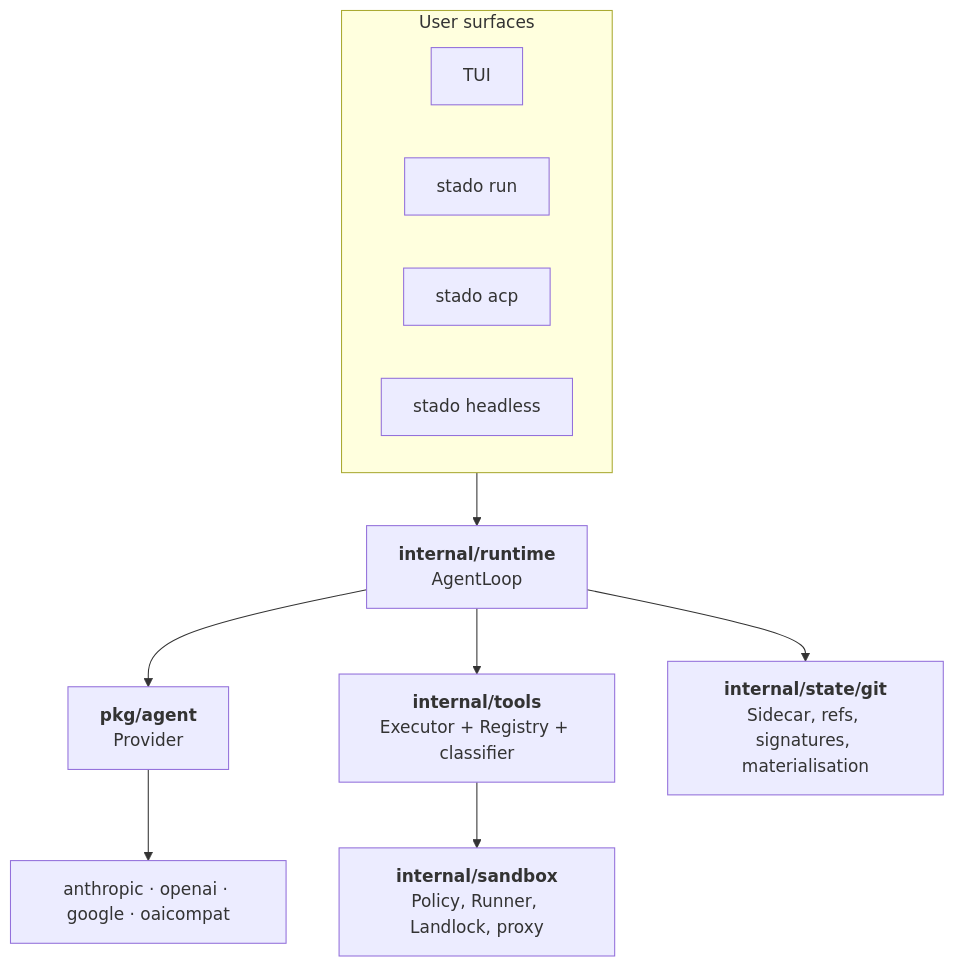
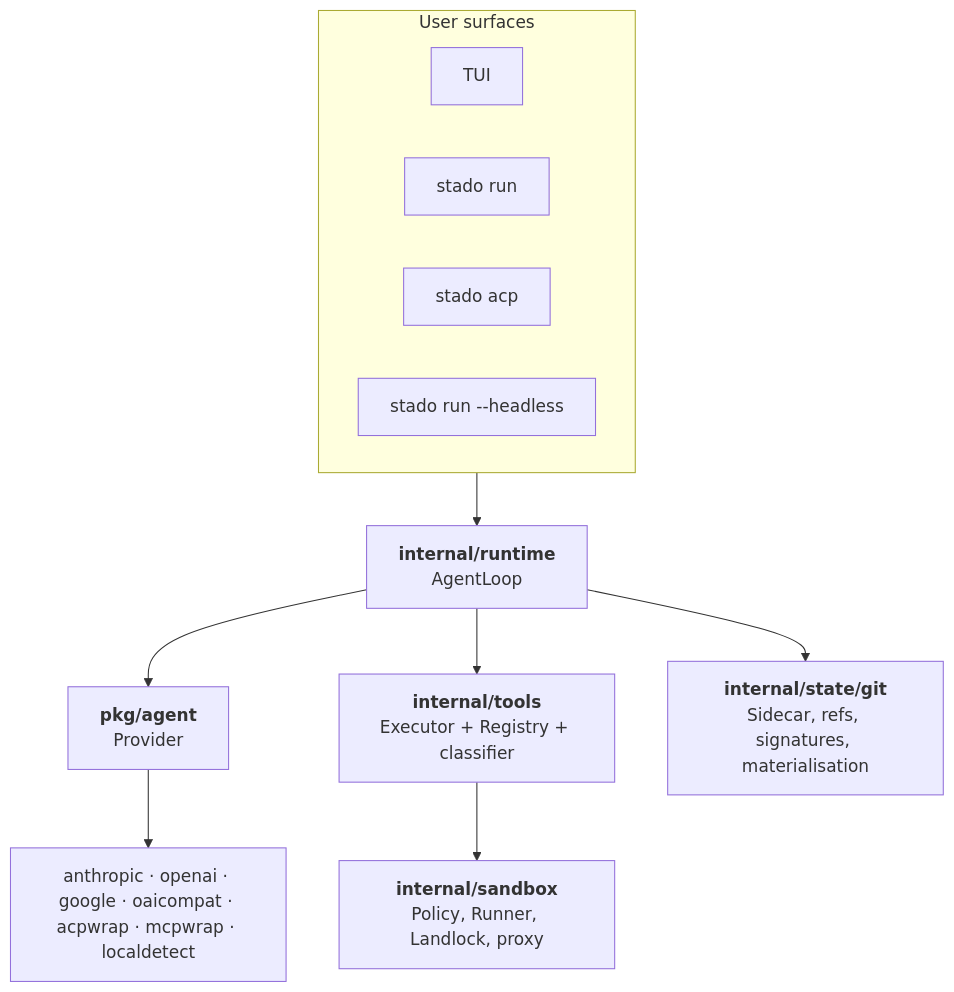
Before and after one commit to foobarto/stado: the first of 2 diagrams in DESIGN.md, drawn with Mermaid. The commit also changed other lines of this file and 69 other files, not shown here.

````diff
--- a/DESIGN.md
+++ b/DESIGN.md
@@ -27,26 +27,26 @@
 ```mermaid
 flowchart TB
     subgraph surfaces["User surfaces"]
         direction LR
         TUI[TUI]
         Run["stado run"]
         ACP["stado acp"]
-        Headless["stado headless"]
+        Headless["stado run --headless"]
     end
 
     surfaces --> Runtime
     Runtime["<b>internal/runtime</b><br/>AgentLoop"]
 
     Runtime --> Agent
     Runtime --> Tools
     Runtime --> State
 
     Agent["<b>pkg/agent</b><br/>Provider"]
     Tools["<b>internal/tools</b><br/>Executor + Registry + classifier"]
     State["<b>internal/state/git</b><br/>Sidecar, refs, signatures, materialisation"]
 
-    Agent --> Providers["anthropic · openai · google · oaicompat"]
+    Agent --> Providers["anthropic · openai · google · oaicompat · acpwrap · mcpwrap · localdetect"]
     Tools --> Sandbox
 
     Sandbox["<b>internal/sandbox</b><br/>Policy, Runner, Landlock, proxy"]
 ```
````
